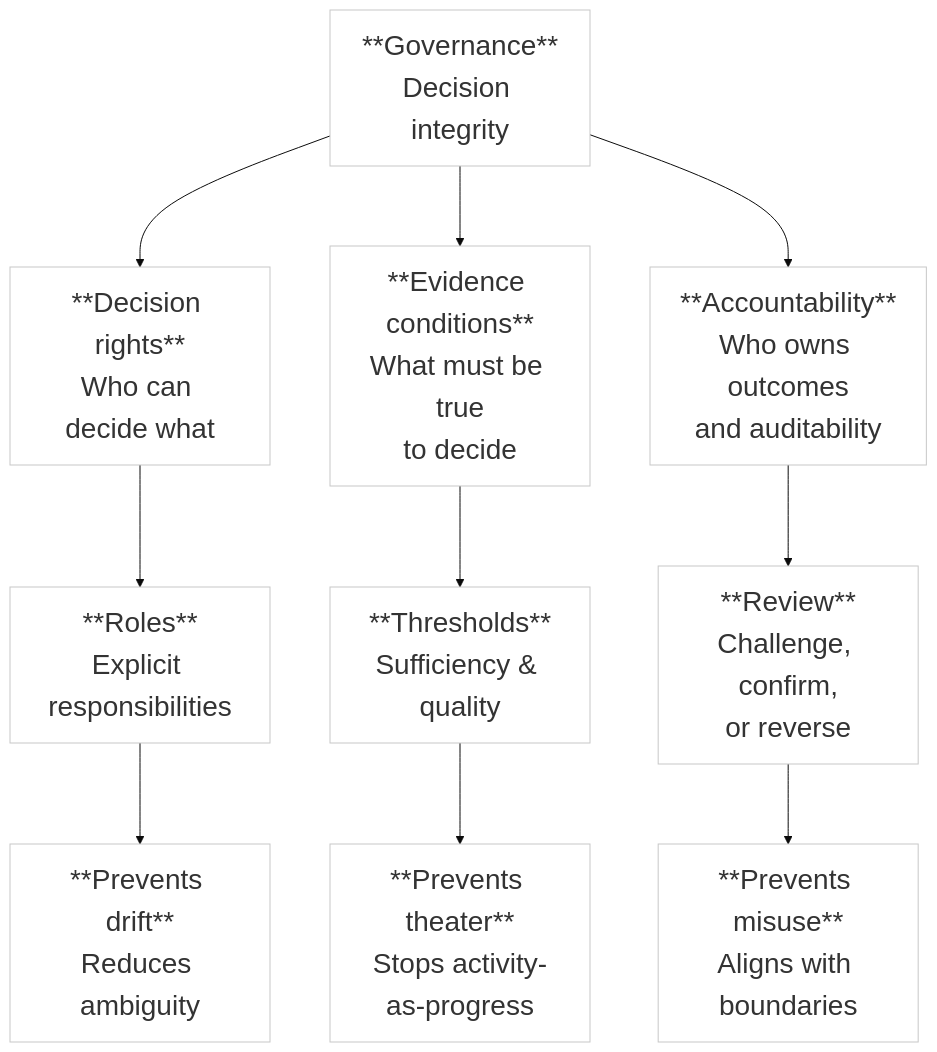
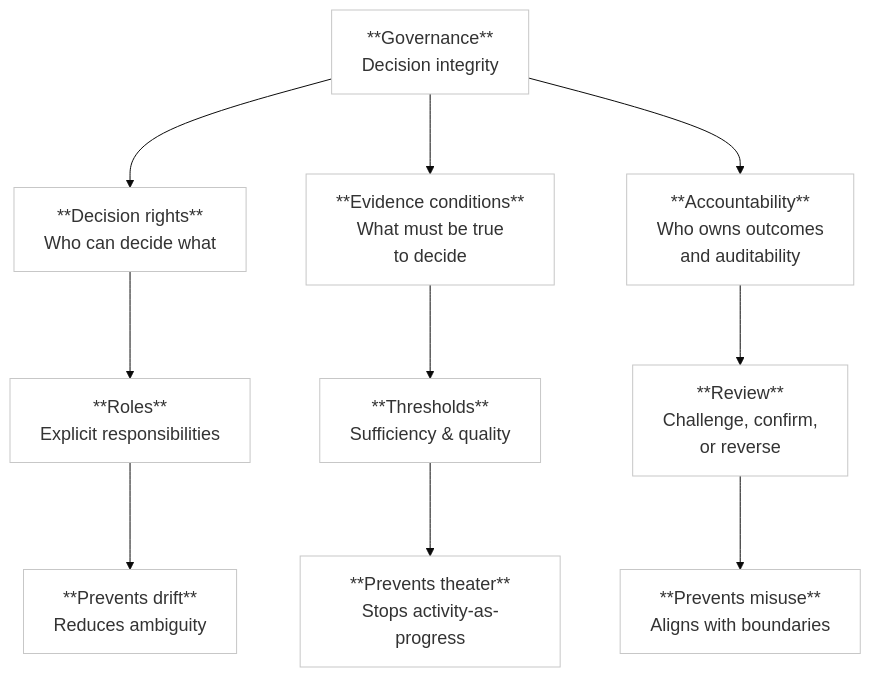
Before and after one commit to micro-canvas-framework/micro-canvas-framework.github.io: the diagram in docs/book/governance-and-roles.mdx, drawn with Mermaid. The commit also changed 9 other files, not shown here.

Commit message:
docs(book): normalize mermaid font size to 18px across book figures

````diff
--- a/docs/book/governance-and-roles.mdx
+++ b/docs/book/governance-and-roles.mdx
@@ -45,19 +45,19 @@
 ```mermaid
-%%{init: {"theme":"base","flowchart":{"nodeSpacing":60,"rankSpacing":80},"themeVariables":{"fontSize":"28px"}} }%%
+%%{init: {"theme":"base","flowchart":{"nodeSpacing":60,"rankSpacing":80},"themeVariables":{"fontSize":"18px"}} }%%
 flowchart TB
 
   G["**Governance**<br/>Decision integrity"] --> DR["**Decision rights**<br/>Who can decide what"]
   G --> EC["**Evidence conditions**<br/>What must be true<br/>to decide"]
   G --> AC["**Accountability**<br/>Who owns outcomes<br/>and auditability"]
 
   DR --> R["**Roles**<br/>Explicit responsibilities"]
   EC --> TH["**Thresholds**<br/>Sufficiency & quality"]
   AC --> RV["**Review**<br/>Challenge, confirm,<br/>or reverse"]
 
   R --> PD["**Prevents drift**<br/>Reduces ambiguity"]
   TH --> PT["**Prevents theater**<br/>Stops activity-as-progress"]
   RV --> MU["**Prevents misuse**<br/>Aligns with boundaries"]
 
   classDef layer fill:#ffffff,stroke:#c7c7c7,stroke-width:1px;
   class G,DR,EC,AC,R,TH,RV,PD,PT,MU layer;
 ```
````
